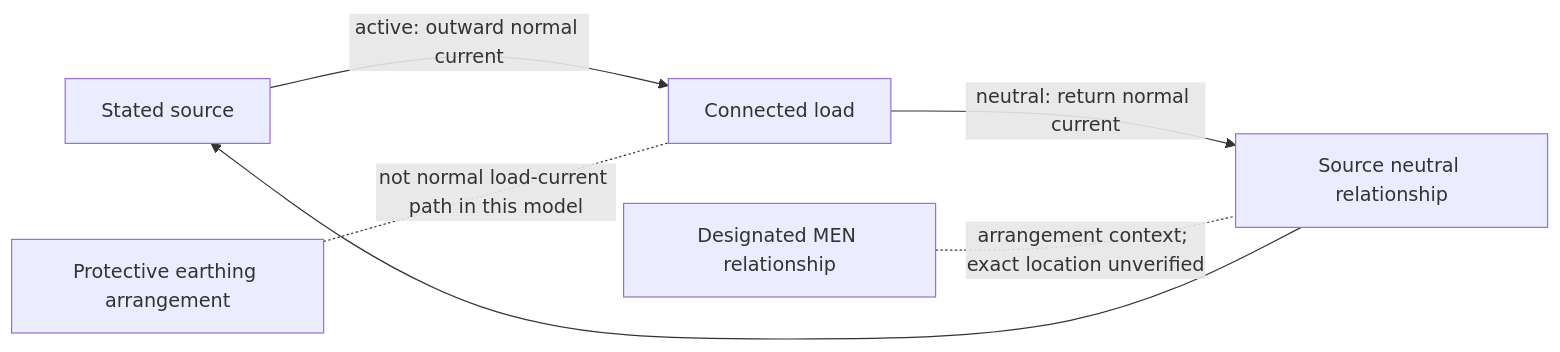
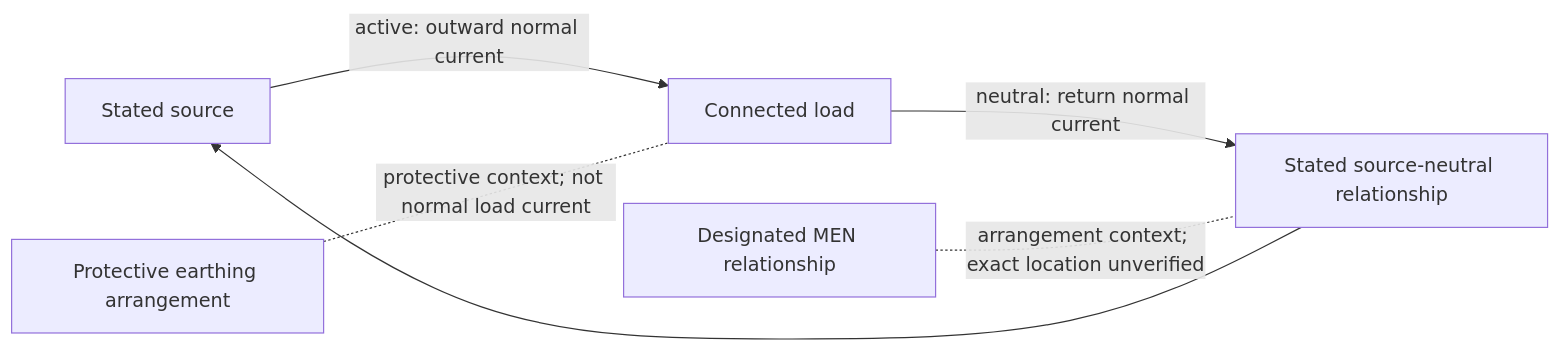
One commit to andrew3stedall/capstone changed the third of 3 diagrams in docs/learning-plans/6-week/modules/day-09-men-arrangement-and-normal-current-paths.md. Above: the diagram before and after it, drawn with Mermaid. The commit also changed other lines of this file, not shown here.

````diff
--- a/docs/learning-plans/6-week/modules/day-09-men-arrangement-and-normal-current-paths.md
+++ b/docs/learning-plans/6-week/modules/day-09-men-arrangement-and-normal-current-paths.md
@@ -146,8 +179,8 @@
 ```mermaid
 flowchart LR
     S["Stated source"] -->|"active: outward normal current"| L["Connected load"]
-    L -->|"neutral: return normal current"| N["Source neutral relationship"]
+    L -->|"neutral: return normal current"| N["Stated source-neutral relationship"]
     N --> S
-    PE["Protective earthing arrangement"] -. "not normal load-current path in this model" .- L
+    PE["Protective earthing arrangement"] -. "protective context; not normal load current" .- L
     M["Designated MEN relationship"] -. "arrangement context; exact location unverified" .- N
 ```
````
